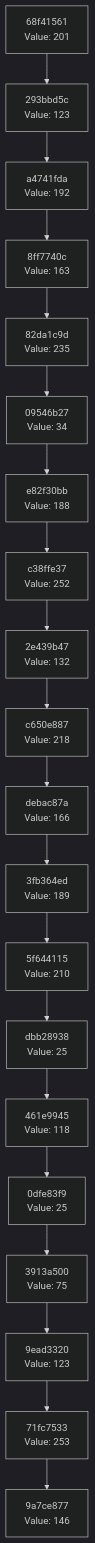
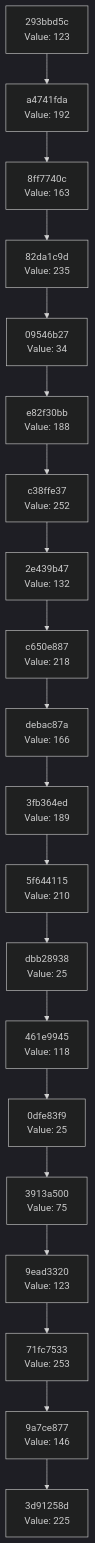
Before and after one commit to Abhisheksinha1506/hash-chain-evolver: the diagram in docs/CHAIN_VISUALIZATION.md, drawn with Mermaid (dark theme). The commit also changed 2 other files, not shown here.

Commit message:
Evolution Step

````diff
--- a/docs/CHAIN_VISUALIZATION.md
+++ b/docs/CHAIN_VISUALIZATION.md
@@ -3,42 +3,42 @@
 ```mermaid
 graph TD
-    C0["9a7ce877<br/>Value: 146"]
-    C1["71fc7533<br/>Value: 253"]
+    C0["3d91258d<br/>Value: 225"]
+    C1["9a7ce877<br/>Value: 146"]
     C1 --> C0
-    C2["9ead3320<br/>Value: 123"]
+    C2["71fc7533<br/>Value: 253"]
     C2 --> C1
-    C3["3913a500<br/>Value: 75"]
+    C3["9ead3320<br/>Value: 123"]
     C3 --> C2
-    C4["0dfe83f9<br/>Value: 25"]
+    C4["3913a500<br/>Value: 75"]
     C4 --> C3
-    C5["461e9945<br/>Value: 118"]
+    C5["0dfe83f9<br/>Value: 25"]
     C5 --> C4
-    C6["dbb28938<br/>Value: 25"]
+    C6["461e9945<br/>Value: 118"]
     C6 --> C5
-    C7["5f644115<br/>Value: 210"]
+    C7["dbb28938<br/>Value: 25"]
     C7 --> C6
-    C8["3fb364ed<br/>Value: 189"]
+    C8["5f644115<br/>Value: 210"]
     C8 --> C7
-    C9["debac87a<br/>Value: 166"]
+    C9["3fb364ed<br/>Value: 189"]
     C9 --> C8
-    C10["c650e887<br/>Value: 218"]
+    C10["debac87a<br/>Value: 166"]
     C10 --> C9
-    C11["2e439b47<br/>Value: 132"]
+    C11["c650e887<br/>Value: 218"]
     C11 --> C10
-    C12["c38ffe37<br/>Value: 252"]
+    C12["2e439b47<br/>Value: 132"]
     C12 --> C11
-    C13["e82f30bb<br/>Value: 188"]
+    C13["c38ffe37<br/>Value: 252"]
     C13 --> C12
-    C14["09546b27<br/>Value: 34"]
+    C14["e82f30bb<br/>Value: 188"]
     C14 --> C13
-    C15["82da1c9d<br/>Value: 235"]
+    C15["09546b27<br/>Value: 34"]
     C15 --> C14
-    C16["8ff7740c<br/>Value: 163"]
+    C16["82da1c9d<br/>Value: 235"]
     C16 --> C15
-    C17["a4741fda<br/>Value: 192"]
+    C17["8ff7740c<br/>Value: 163"]
     C17 --> C16
-    C18["293bbd5c<br/>Value: 123"]
+    C18["a4741fda<br/>Value: 192"]
     C18 --> C17
-    C19["68f41561<br/>Value: 201"]
+    C19["293bbd5c<br/>Value: 123"]
     C19 --> C18
 ```
````
